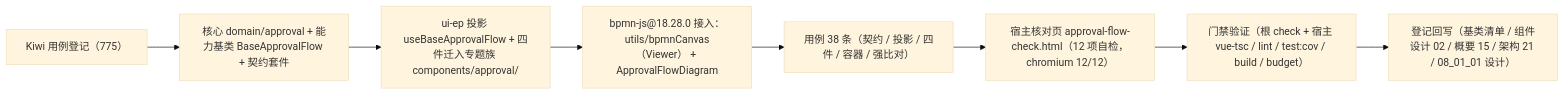
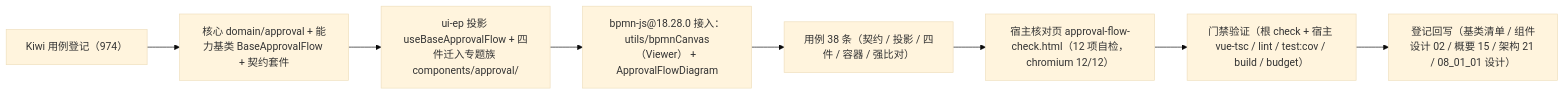
One commit to minjian123/basic-management-system changed the diagram in bms文档/项目/04_前端组件库/任务/08_交互类/08_交互类_08_审批流展示与流程建模器/08_交互类_08_审批流展示与流程建模器_01_审批流展示/实施/01_实施_01_审批流展示.md. Above: the diagram before and after it, drawn with Mermaid (base theme). The commit also changed other lines of this file and 20 other files, not shown here.

````diff
--- a/bms文档/项目/04_前端组件库/任务/08_交互类/08_交互类_08_审批流展示与流程建模器/08_交互类_08_审批流展示与流程建模器_01_审批流展示/实施/01_实施_01_审批流展示.md
+++ b/bms文档/项目/04_前端组件库/任务/08_交互类/08_交互类_08_审批流展示与流程建模器/08_交互类_08_审批流展示与流程建模器_01_审批流展示/实施/01_实施_01_审批流展示.md
@@ -22,10 +22,10 @@
 ```mermaid
 flowchart LR
-    A["Kiwi 用例登记（775）"] --> B["核心 domain/approval + 能力基类 BaseApprovalFlow + 契约套件"]
+    A["Kiwi 用例登记（974）"] --> B["核心 domain/approval + 能力基类 BaseApprovalFlow + 契约套件"]
     B --> C["ui-ep 投影 useBaseApprovalFlow + 四件迁入专题族 components/approval/"]
     C --> D["bpmn-js@18.28.0 接入：utils/bpmnCanvas（Viewer） + ApprovalFlowDiagram"]
     D --> E["用例 38 条（契约 / 投影 / 四件 / 容器 / 强比对）"]
     E --> F["宿主核对页 approval-flow-check.html（12 项自检，chromium 12/12）"]
     F --> G["门禁验证（根 check + 宿主 vue-tsc / lint / test:cov / build / budget）"]
     G --> H["登记回写（基类清单 / 组件设计 02 / 概要 15 / 架构 21 / 08_01_01 设计）"]
 ```
````
